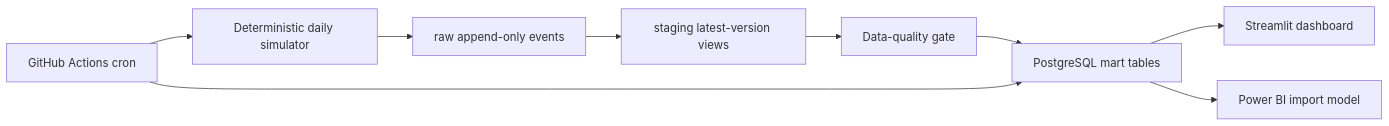
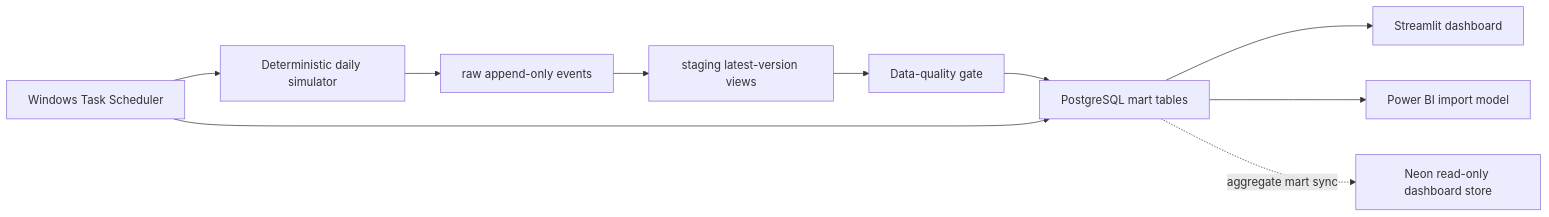
Before and after one commit to BestYlay/automated-fintech-kpi-pipeline: the diagram in README.md, drawn with Mermaid. The commit also changed other lines of this file and 21 other files, not shown here.

````diff
--- a/README.md
+++ b/README.md
@@ -26,11 +26,12 @@
 ```mermaid
 flowchart LR
     A[Deterministic daily simulator] --> B[raw append-only events]
     B --> C[staging latest-version views]
     C --> D[Data-quality gate]
     D --> E[PostgreSQL mart tables]
     E --> F[Streamlit dashboard]
     E --> G[Power BI import model]
-    H[GitHub Actions cron] --> A
+    H[Windows Task Scheduler] --> A
+    E -. aggregate mart sync .-> I[Neon read-only dashboard store]
     H --> E
 ```
````
